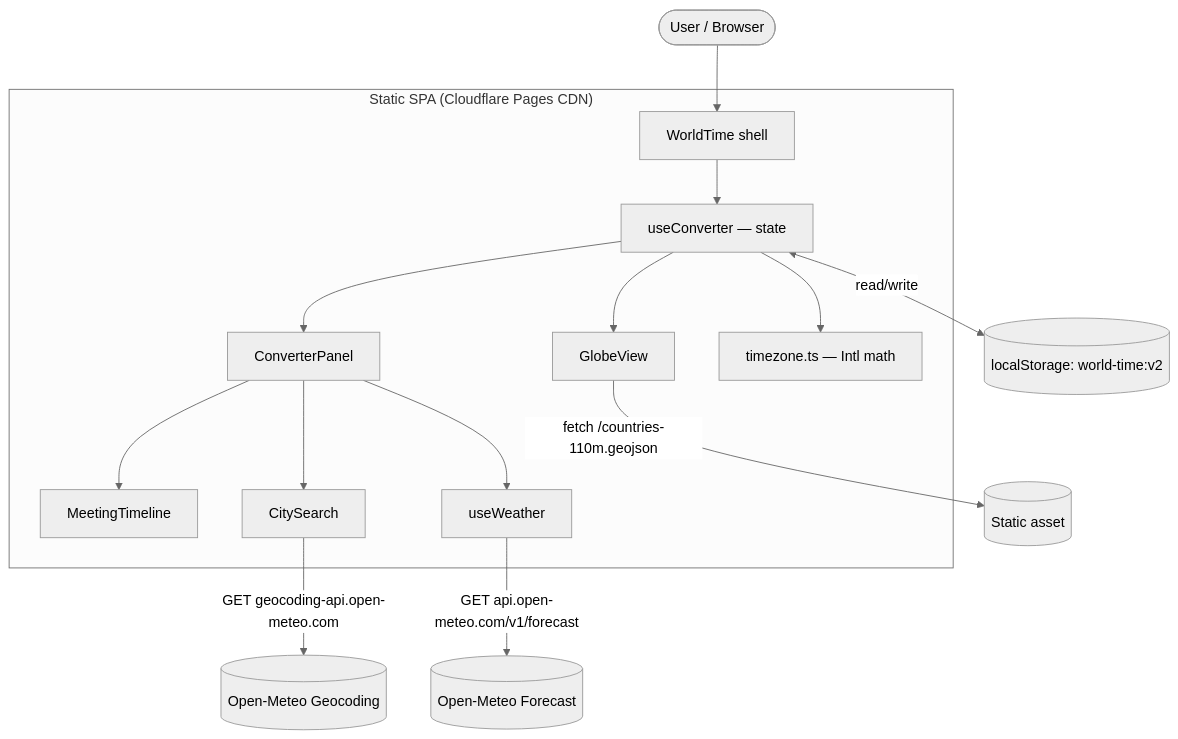
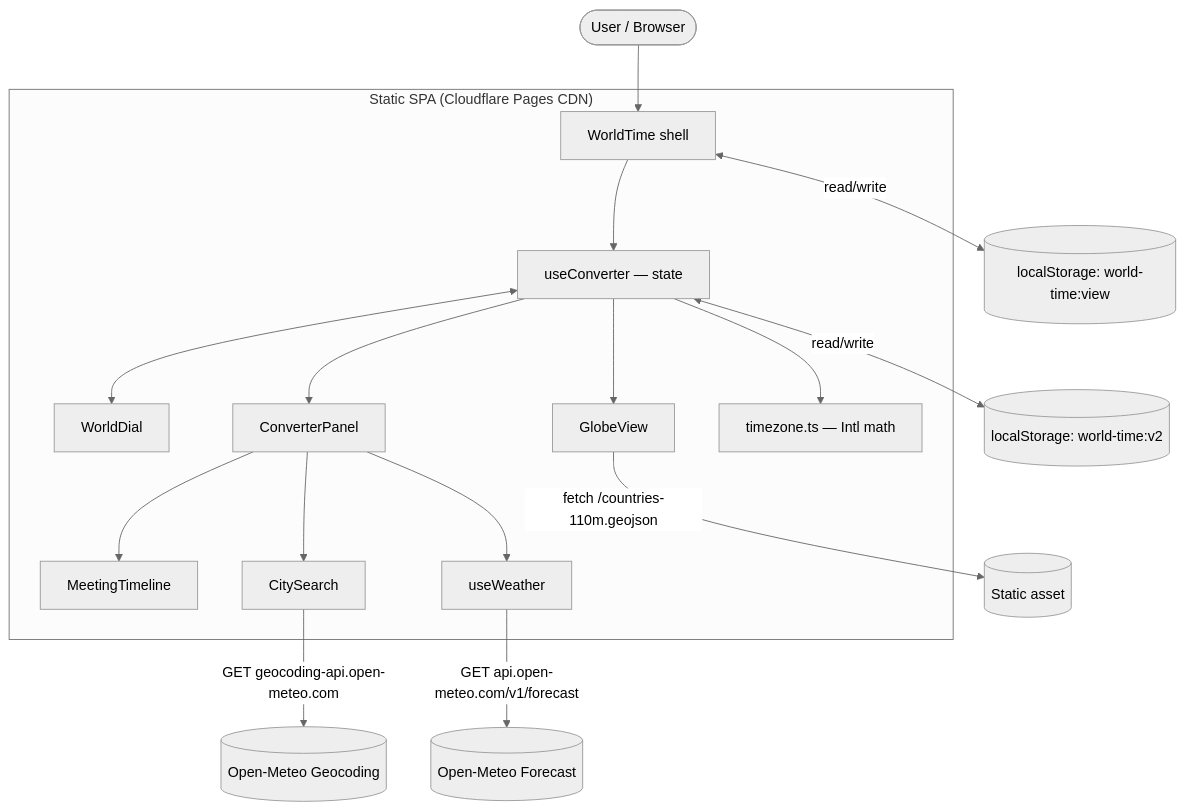
The diagram in ARCHITECTURE.md (adusingi/world-time), drawn with Mermaid (neutral theme) before and after one commit. The commit also changed other lines of this file and 8 other files, not shown here.

First line of the commit message:
feat(dial): world-time watch dial in the left column

````diff
--- a/ARCHITECTURE.md
+++ b/ARCHITECTURE.md
@@ -64,29 +69,32 @@
 ```mermaid
 graph TD
   User([User / Browser])
 
   subgraph SPA["Static SPA (Cloudflare Pages CDN)"]
     WT[WorldTime shell]
     UC[useConverter — state]
+    WD[WorldDial]
     GV[GlobeView]
     CP[ConverterPanel]
     MT[MeetingTimeline]
     CS[CitySearch]
     UW[useWeather]
     TZ[timezone.ts — Intl math]
   end
 
   User --> WT
   WT --> UC
+  UC <--> WD
   UC --> GV
   UC --> CP
   CP --> MT
   CP --> CS
   CP --> UW
   UC --> TZ
 
   CS -->|"GET geocoding-api.open-meteo.com"| OM1[(Open-Meteo Geocoding)]
   UW -->|"GET api.open-meteo.com/v1/forecast"| OM2[(Open-Meteo Forecast)]
   GV -->|"fetch /countries-110m.geojson"| ASSET[(Static asset)]
   UC <-->|read/write| LS[(localStorage: world-time:v2)]
+  WT <-->|read/write| LSV[(localStorage: world-time:view)]
 ```
````
